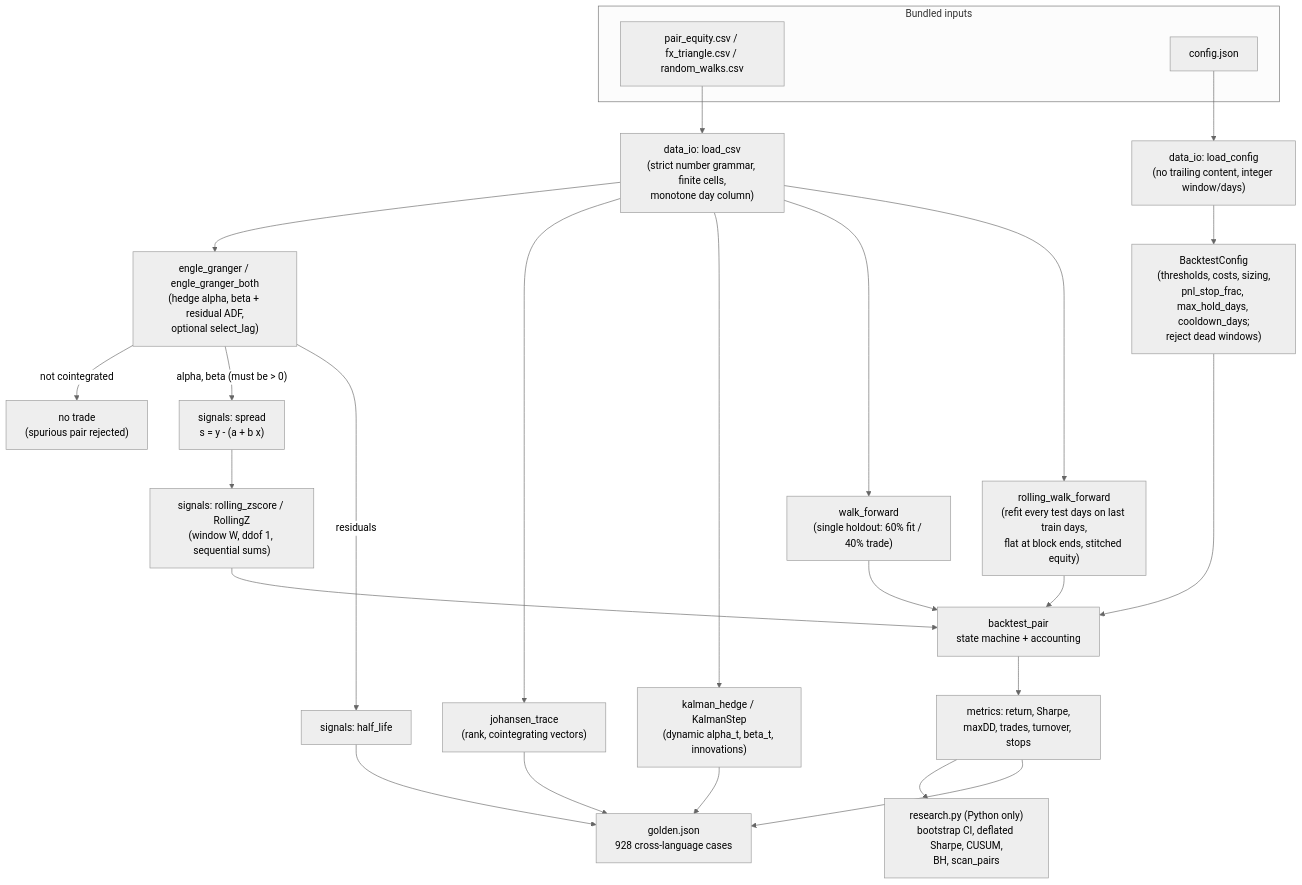
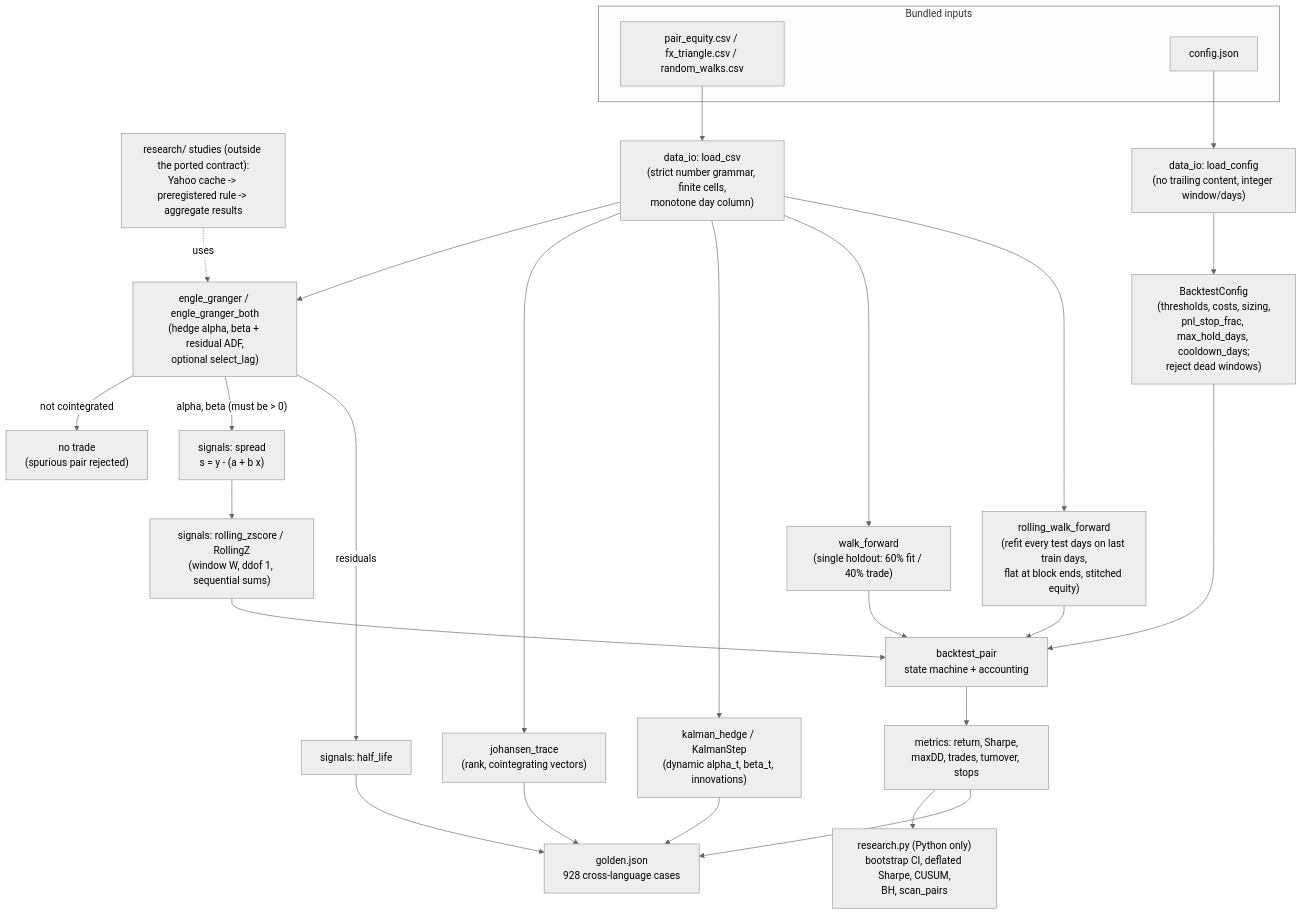
The diagram in docs/diagrams/dataflow.mmd (AshJha0/statistical-arbitrage), drawn with Mermaid (neutral theme) before and after one commit. The commit also changed 6 other files, not shown here.

```diff
--- a/docs/diagrams/dataflow.mmd
+++ b/docs/diagrams/dataflow.mmd
@@ -1,27 +1,30 @@
 flowchart TD
+    STUDY["research/ studies (outside the ported contract):
+Yahoo cache -> preregistered rule -> aggregate results"]
+    STUDY -. uses .-> EG
     subgraph inputs [Bundled inputs]
         CSV["pair_equity.csv / fx_triangle.csv / random_walks.csv"]
         CFG["config.json"]
     end
     CSV --> IO["data_io: load_csv\n(strict number grammar, finite cells,\nmonotone day column)"]
     CFG --> IOC["data_io: load_config\n(no trailing content, integer window/days)"]
     IO --> EG["engle_granger / engle_granger_both\n(hedge alpha, beta + residual ADF,\noptional select_lag)"]
     IO --> JO["johansen_trace\n(rank, cointegrating vectors)"]
     IO --> KF["kalman_hedge / KalmanStep\n(dynamic alpha_t, beta_t, innovations)"]
     EG -- "not cointegrated" --> STOPX["no trade\n(spurious pair rejected)"]
     EG -- "alpha, beta (must be > 0)" --> SPR["signals: spread\ns = y - (a + b x)"]
     EG -- "residuals" --> HL["signals: half_life"]
     SPR --> Z["signals: rolling_zscore / RollingZ\n(window W, ddof 1, sequential sums)"]
     IOC --> BTCFG["BacktestConfig\n(thresholds, costs, sizing,\npnl_stop_frac, max_hold_days, cooldown_days;\nreject dead windows)"]
     Z --> BT["backtest_pair\nstate machine + accounting"]
     BTCFG --> BT
     BT --> MET["metrics: return, Sharpe,\nmaxDD, trades, turnover, stops"]
     IO --> WF["walk_forward\n(single holdout: 60% fit / 40% trade)"]
     IO --> RWF["rolling_walk_forward\n(refit every test days on last train days,\nflat at block ends, stitched equity)"]
     WF --> BT
     RWF --> BT
     MET --> RES["research.py (Python only)\nbootstrap CI, deflated Sharpe, CUSUM,\nBH, scan_pairs"]
     MET --> GOLD["golden.json\n928 cross-language cases"]
     JO --> GOLD
     KF --> GOLD
     HL --> GOLD
```
